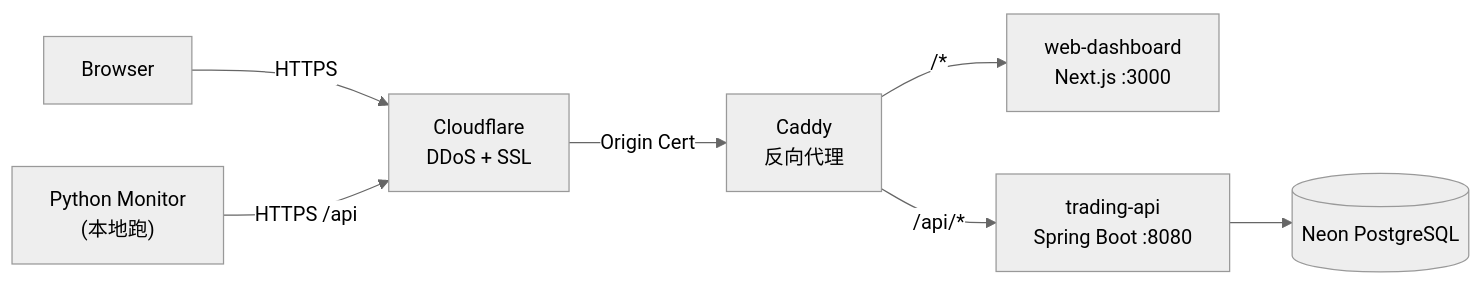
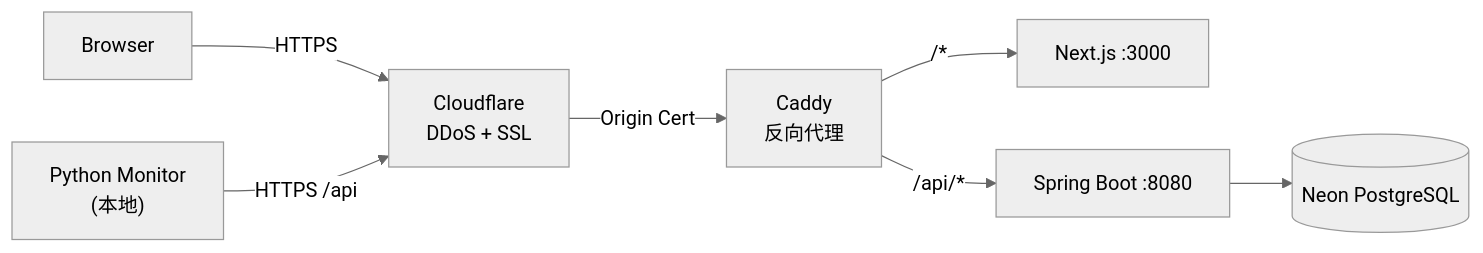
Before and after one commit to justinhsu1477/crypto-signal-trader: the second of 2 diagrams in README.md, drawn with Mermaid (neutral theme). The commit also changed other lines of this file, not shown here.

````diff
--- a/README.md
+++ b/README.md
@@ -30,16 +33,16 @@
 ```mermaid
 graph LR
     User["Browser"]
     CF["Cloudflare<br/>DDoS + SSL"]
     Caddy["Caddy<br/>反向代理"]
-    Dashboard["web-dashboard<br/>Next.js :3000"]
-    TradingAPI["trading-api<br/>Spring Boot :8080"]
+    Dashboard["Next.js :3000"]
+    TradingAPI["Spring Boot :8080"]
     DB[("Neon PostgreSQL")]
-    Monitor["Python Monitor<br/>(本地跑)"]
+    Monitor["Python Monitor<br/>(本地)"]
 
     User -->|"HTTPS"| CF -->|"Origin Cert"| Caddy
     Caddy -->|"/api/*"| TradingAPI
     Caddy -->|"/*"| Dashboard
     TradingAPI --> DB
     Monitor -->|"HTTPS /api"| CF
 ```
````
